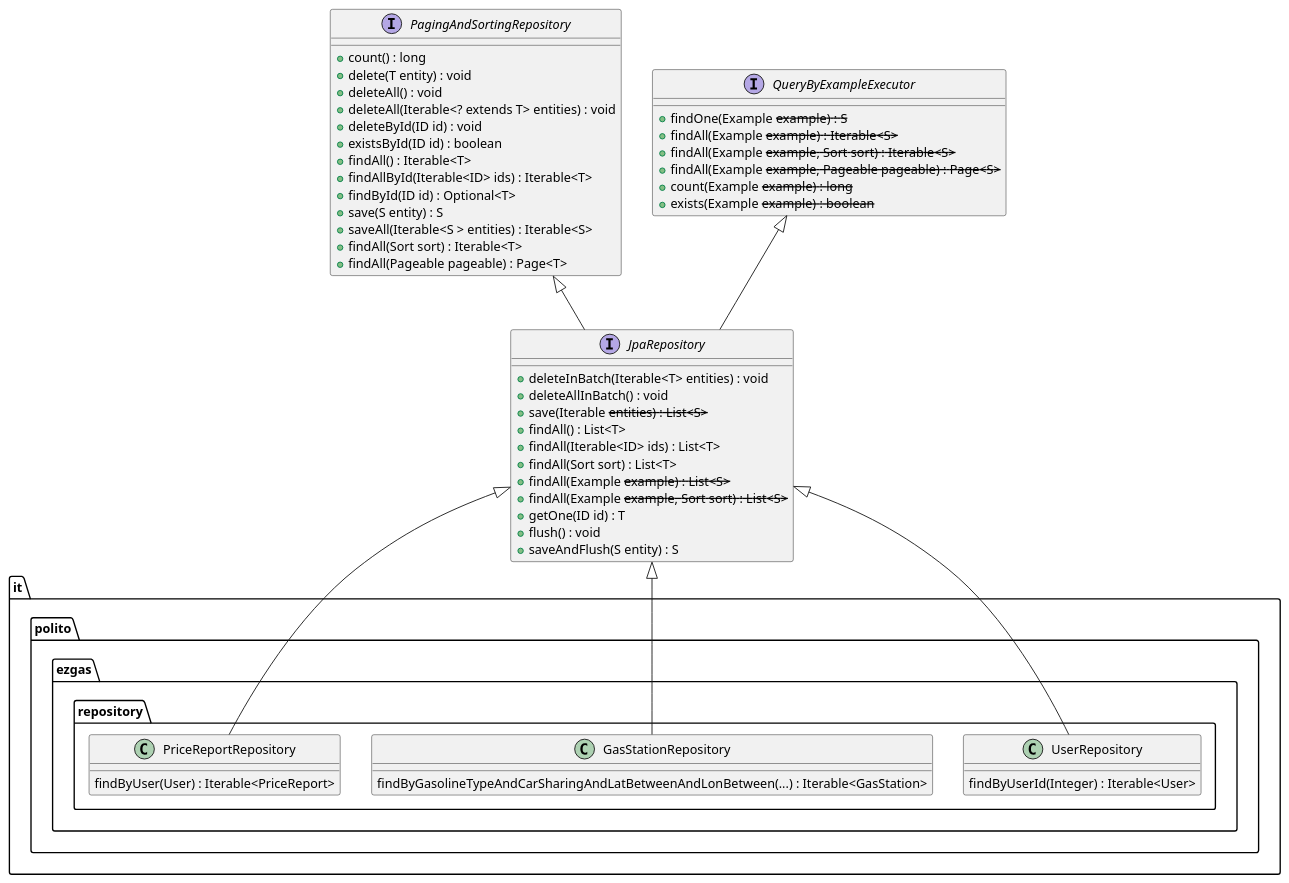
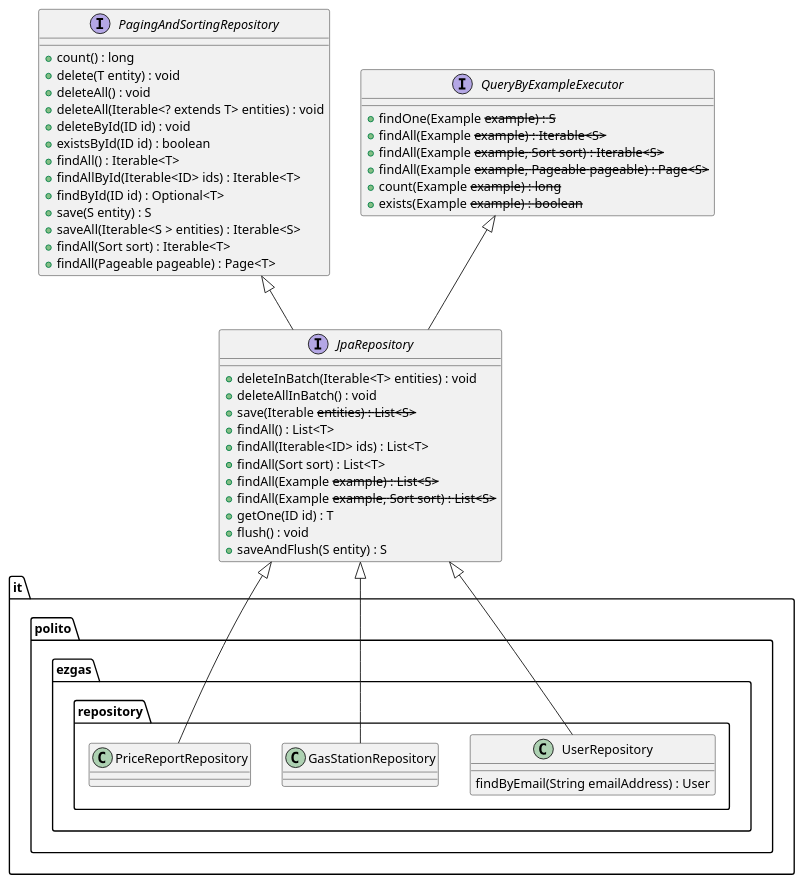
One commit to lucarinelli/ezgas changed the ninth of 13 diagrams in docs/DesignDocument.md. Above: the diagram before and after it, drawn with PlantUML.

Commit message:
docs: Update Design Document->Repository

````diff
--- a/docs/DesignDocument.md
+++ b/docs/DesignDocument.md
@@ -471,64 +471,64 @@
 ```plantuml
 @startuml
 package "it.polito.ezgas.repository" {
         class UserRepository{
-            findByUserId(Integer) : Iterable<User>
+            findByEmail(String emailAddress) : User
         }
         
         class GasStationRepository{
-            findByGasolineTypeAndCarSharingAndLatBetweenAndLonBetween(...) : Iterable<GasStation>
+
         }
         
         class PriceReportRepository{
-            findByUser(User) : Iterable<PriceReport>
+            
         }
         
     }
 
 interface PagingAndSortingRepository{
         +count() : long
         +delete(T entity) : void
         +deleteAll() : void
         +deleteAll(Iterable<? extends T> entities) : void
         +deleteById(ID id) : void
         +existsById(ID id) : boolean
         +findAll() : Iterable<T>
         +findAllById(Iterable<ID> ids) : Iterable<T> 
         +findById(ID id) : Optional<T>
         +save(S entity) : S
         +saveAll(Iterable<S > entities) : Iterable<S>
         +findAll(Sort sort) : Iterable<T> 
         +findAll(Pageable pageable) : Page<T>
     }
 
 interface JpaRepository{
         +deleteInBatch(Iterable<T> entities) : void
         +deleteAllInBatch() : void
         +save(Iterable<S> entities) : List<S>
         +findAll() : List<T>
         +findAll(Iterable<ID> ids) : List<T>
         +findAll(Sort sort) : List<T> 
         +findAll(Example<S> example) : List<S>
         +findAll(Example<S> example, Sort sort) : List<S>
         +getOne(ID id) : T
         +flush() : void
         +saveAndFlush(S entity) : S
     }
 
 interface QueryByExampleExecutor{
         +findOne(Example<S> example) : S
         +findAll(Example<S> example) : Iterable<S>
         +findAll(Example<S> example, Sort sort) : Iterable<S>
         +findAll(Example<S> example, Pageable pageable) : Page<S>
         +count(Example<S> example) : long
         +exists(Example<S> example) : boolean
     }
 
 JpaRepository <|-- UserRepository
 JpaRepository <|-- GasStationRepository
 JpaRepository <|-- PriceReportRepository
 
 QueryByExampleExecutor <|-- JpaRepository
 PagingAndSortingRepository <|-- JpaRepository
 @enduml
 ```
````
